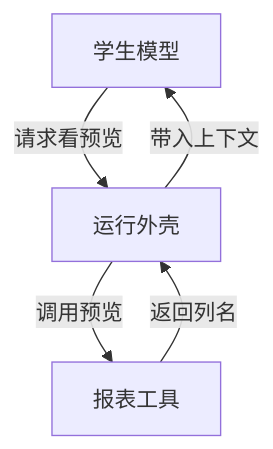
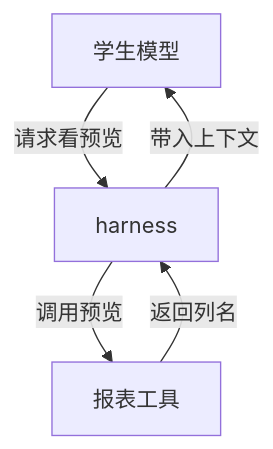
One commit to rcyw/desk changed the first of 3 diagrams in content/papers/harness-model-coevolution.md. Above: the diagram before and after it, drawn with Mermaid. The commit also changed other lines of this file, not shown here.

Commit message:
Use original harness terminology in paper note

````diff
--- a/content/papers/harness-model-coevolution.md
+++ b/content/papers/harness-model-coevolution.md
@@ -29,9 +29,9 @@
 ```mermaid
 flowchart TD
-  accTitle: 学生模型如何通过外壳核对报表列名
-  accDescr: 学生模型向外壳发出查预览请求，外壳调用报表工具。工具返回列名，外壳把结果送给模型，让模型决定下一步。
-  M[学生模型] -->|请求看预览| H[运行外壳]
+  accTitle: 学生模型如何通过 harness 核对报表列名
+  accDescr: 学生模型向 harness 请求预览。harness 调用报表工具，再把工具返回的列名送给模型，让模型决定下一步。
+  M[学生模型] -->|请求看预览| H[harness]
   H -->|调用预览| T[报表工具]
   T -->|返回列名| H
   H -->|带入上下文| M
 ```
````
